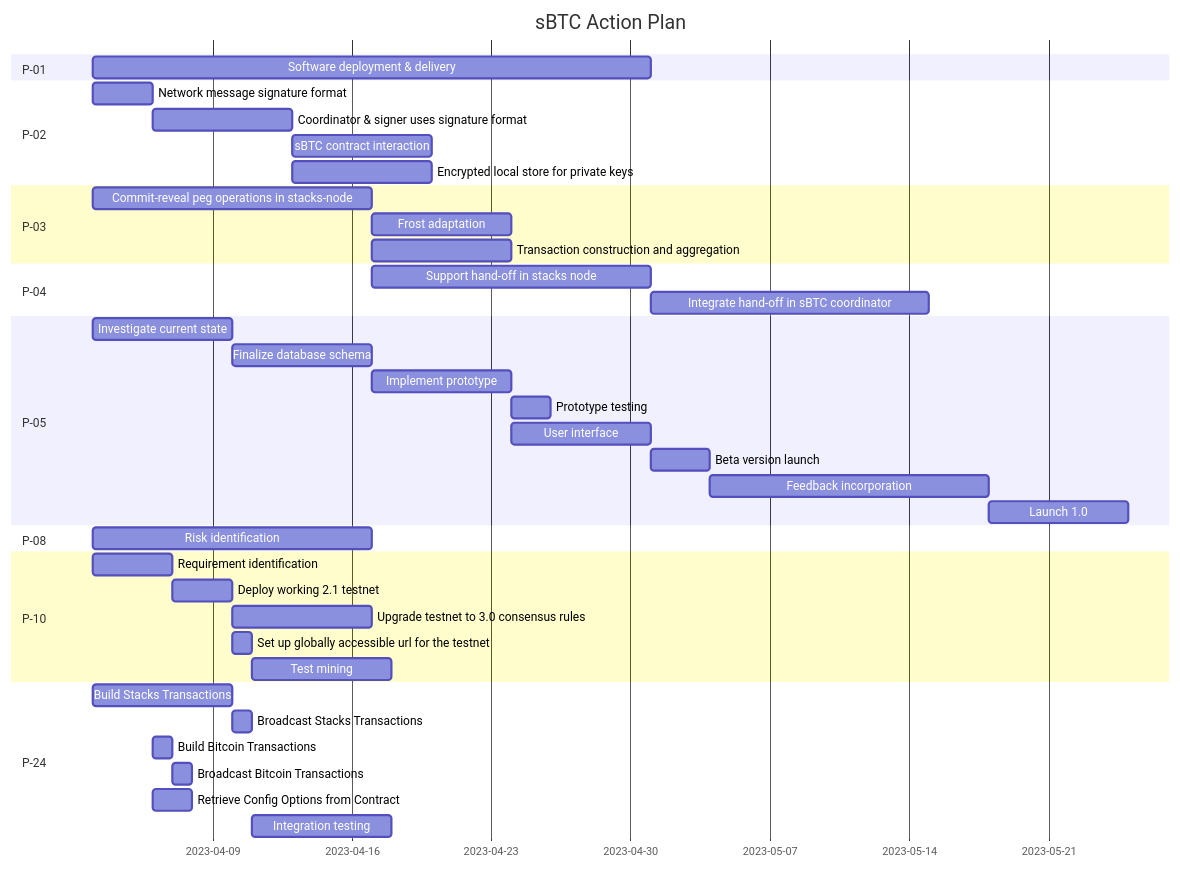
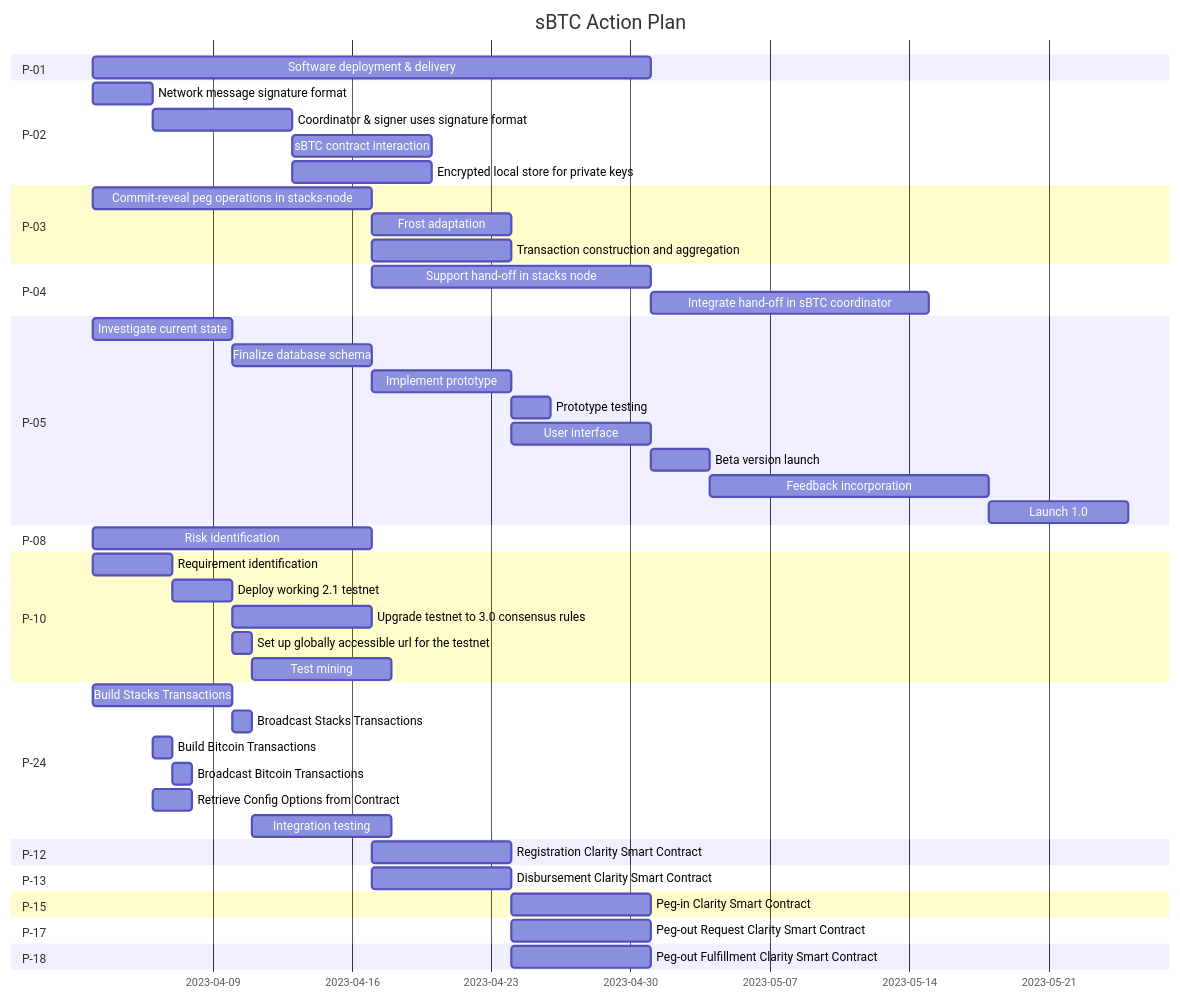
The diagram in sbtc-planning/README.md (tbraun96/stacks-sbtc), drawn with Mermaid before and after one commit.

````diff
--- a/sbtc-planning/README.md
+++ b/sbtc-planning/README.md
@@ -7,52 +7,68 @@
 ```mermaid
 gantt
     dateFormat  YYYY-MM-DD
     title sBTC Action Plan
 
     section P-01
         Software deployment & delivery     :a1, 2023-04-03, 28d
 
     section P-02
         Network message signature format              :b1, 2023-04-03, 3d
         Coordinator & signer uses signature format    :b2, after b1, 7d
         sBTC contract interaction                     :b3, after b2, 7d
         Encrypted local store for private keys        :b4, after  b2, 7d
 
     section P-03
         Commit-reveal peg operations in stacks-node     :c1, 2023-04-03, 14d
         Frost adaptation                                :c2, after c1, 7d
         Transaction construction and aggregation        :c3, after c1, 7d
 
     section P-04
         Support hand-off in stacks node          :d1, after c1, 14d
         Integrate hand-off in sBTC coordinator   :d2, after d1, 14d
 
     section P-05
         Investigate current state     :e1, 2023-04-03, 7d
         Finalize database schema      :e2, after e1, 7d
         Implement prototype           :e3, after e2, 7d
         Prototype testing             :e4, after e3, 2d
         User interface                :e5, after e3, 7d
         Beta version launch           :e6, after e5, 3d
         Feedback incorporation        :e7, after e6, 14d
         Launch 1.0                    :e8, after e7, 7d
 
     section P-08
         Risk identification      :f1, 2023-04-03, 14d
 
     section P-10
         Requirement identification                      :h1, 2023-04-03, 4d
         Deploy working 2.1 testnet                      :h2, after h1, 3d
         Upgrade testnet to 3.0 consensus rules          :h3, after h2, 7d
         Set up globally accessible url for the testnet  :h4, after h2, 1d
         Test mining                                     :h5, after h4, 7d
 
     section P-24
         Build Stacks Transactions              :i1, 2023-04-03, 7d
         Broadcast Stacks Transactions          :i2, after i1, 1d
         Build Bitcoin Transactions             :i3, 2023-04-06, 1d
         Broadcast Bitcoin Transactions         :i4, after i3, 1d
         Retrieve Config Options from Contract  :i5, 2023-04-06, 2d
         Integration testing     :i6, after i2, 7d
 
+    section P-12
+        Registration Clarity Smart Contract  :j1, 2023-04-17, 7d
+
+    section P-13
+        Disbursement Clarity Smart Contract  :j1, 2023-04-17, 7d
+
+    section P-15
+        Peg-in Clarity Smart Contract  :k1, after j1, 7d  
+
+    section P-17
+        Peg-out Request Clarity Smart Contract  :k1, after j1, 7d  
+        
+    section P-18
+        Peg-out Fulfillment Clarity Smart Contract  :k1, after j1, 7d  
+
+
 ```
````
